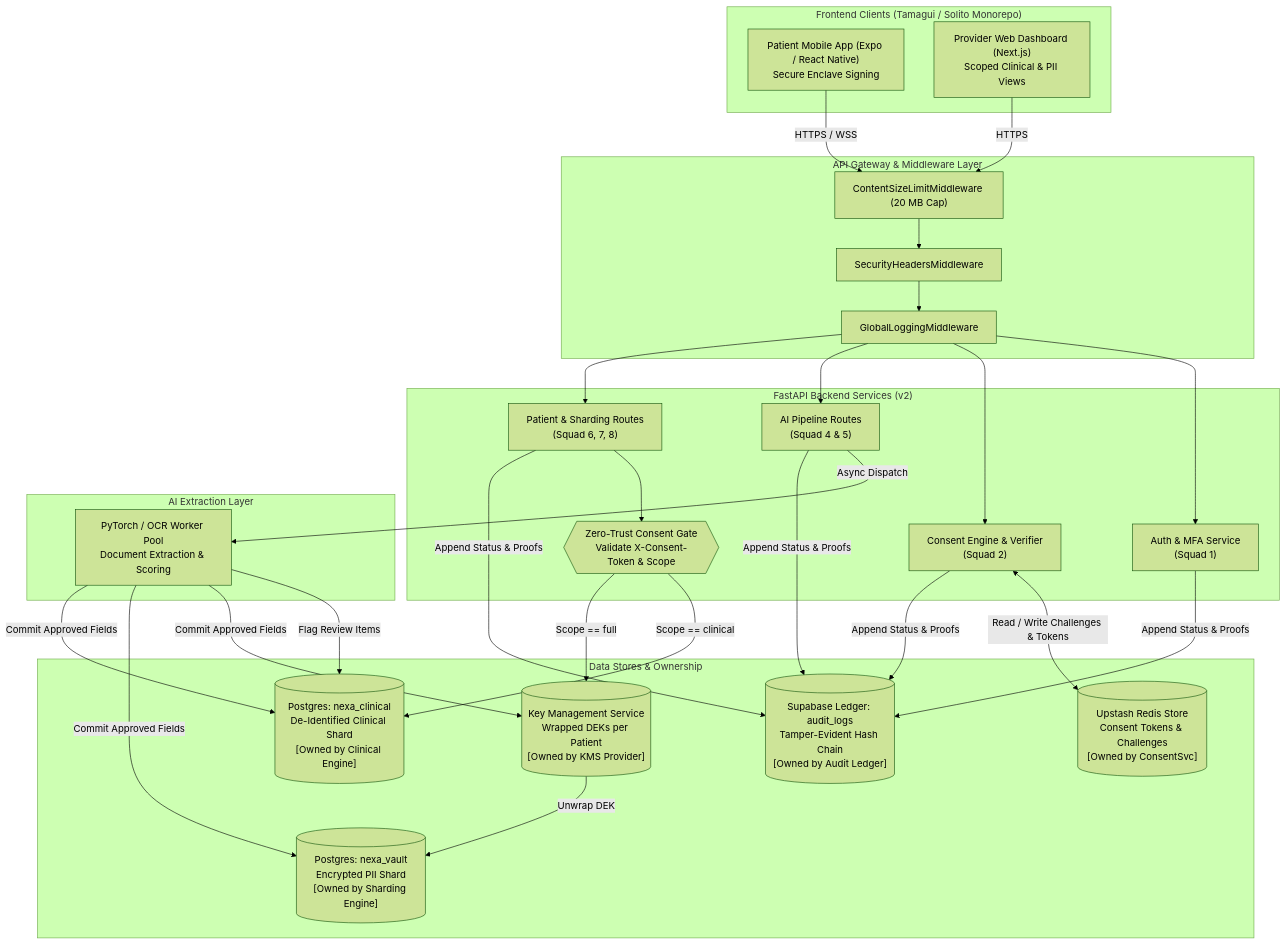
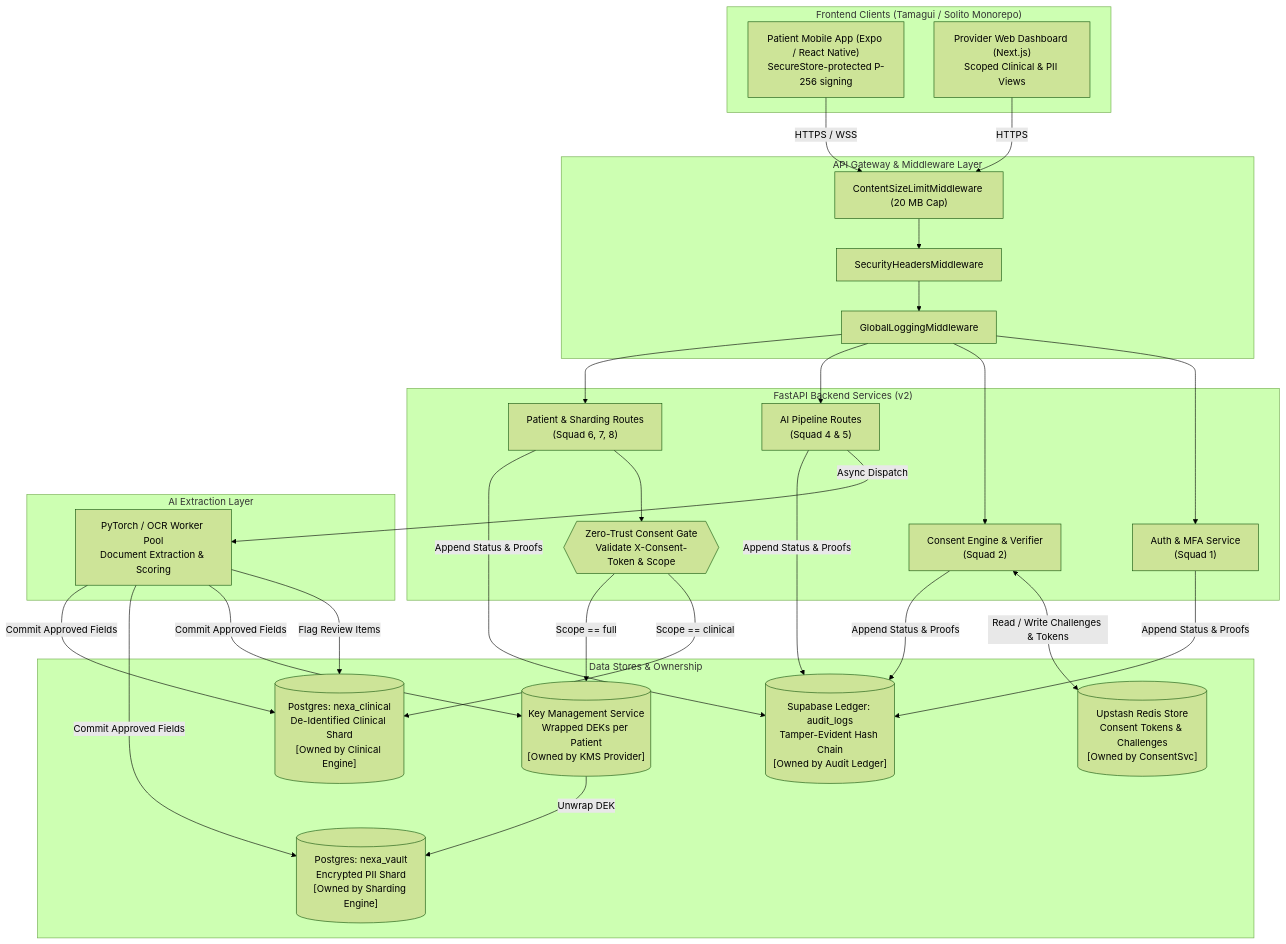
Before and after one commit to sohamsadegaonkar/Nexa_Care: the first of 2 diagrams in docs/ARCHITECTURE.md, drawn with Mermaid (forest theme). The commit also changed 11 other files, not shown here.

````diff
--- a/docs/ARCHITECTURE.md
+++ b/docs/ARCHITECTURE.md
@@ -12,55 +12,55 @@
 ```mermaid
 graph TD
     subgraph Clients["Frontend Clients (Tamagui / Solito Monorepo)"]
-        PatApp["Patient Mobile App (Expo / React Native)<br/>Secure Enclave Signing"]
+        PatApp["Patient Mobile App (Expo / React Native)<br/>SecureStore-protected P-256 signing"]
         DocWeb["Provider Web Dashboard (Next.js)<br/>Scoped Clinical & PII Views"]
     end
 
     subgraph Edge["API Gateway & Middleware Layer"]
         SizeCap["ContentSizeLimitMiddleware (20 MB Cap)"]
         SecHeaders["SecurityHeadersMiddleware"]
         AuditLog["GlobalLoggingMiddleware"]
     end
 
     subgraph CoreServices["FastAPI Backend Services (v2)"]
         AuthSvc["Auth & MFA Service<br/>(Squad 1)"]
         ConsentSvc["Consent Engine & Verifier<br/>(Squad 2)"]
         PipelineSvc["AI Pipeline Routes<br/>(Squad 4 & 5)"]
         PatientSvc["Patient & Sharding Routes<br/>(Squad 6, 7, 8)"]
         ConsentGate{{"Zero-Trust Consent Gate<br/>Validate X-Consent-Token & Scope"}}
     end
 
     subgraph AI["AI Extraction Layer"]
         Worker["PyTorch / OCR Worker Pool<br/>Document Extraction & Scoring"]
     end
 
     subgraph Storage["Data Stores & Ownership"]
         RedisStore[("Upstash Redis Store<br/>Consent Tokens & Challenges<br/>[Owned by ConsentSvc]")]
         KMSStore[("Key Management Service<br/>Wrapped DEKs per Patient<br/>[Owned by KMS Provider]")]
         VaultDB[("Postgres: nexa_vault<br/>Encrypted PII Shard<br/>[Owned by Sharding Engine]")]
         ClinDB[("Postgres: nexa_clinical<br/>De-Identified Clinical Shard<br/>[Owned by Clinical Engine]")]
         AuditDB[("Supabase Ledger: audit_logs<br/>Tamper-Evident Hash Chain<br/>[Owned by Audit Ledger]")]
     end
 
     %% Client Routing
     PatApp -->|HTTPS / WSS| SizeCap
     DocWeb -->|HTTPS| SizeCap
     SizeCap --> SecHeaders --> AuditLog --> AuthSvc & ConsentSvc & PipelineSvc & PatientSvc
 
     %% Consent Handshake
     ConsentSvc <-->|Read / Write Challenges & Tokens| RedisStore
 
     %% Consent Gating for Reads
     PatientSvc --> ConsentGate
     ConsentGate -->|Scope == clinical| ClinDB
     ConsentGate -->|Scope == full| KMSStore
     KMSStore -->|Unwrap DEK| VaultDB
 
     %% Pipeline Ingestion
     PipelineSvc -->|Async Dispatch| Worker
     Worker -->|Flag Review Items| ClinDB
     Worker -->|Commit Approved Fields| KMSStore & VaultDB & ClinDB
 
     %% Audit Ledger Chaining
     AuthSvc & ConsentSvc & PipelineSvc & PatientSvc -->|Append Status & Proofs| AuditDB
 ```
````
